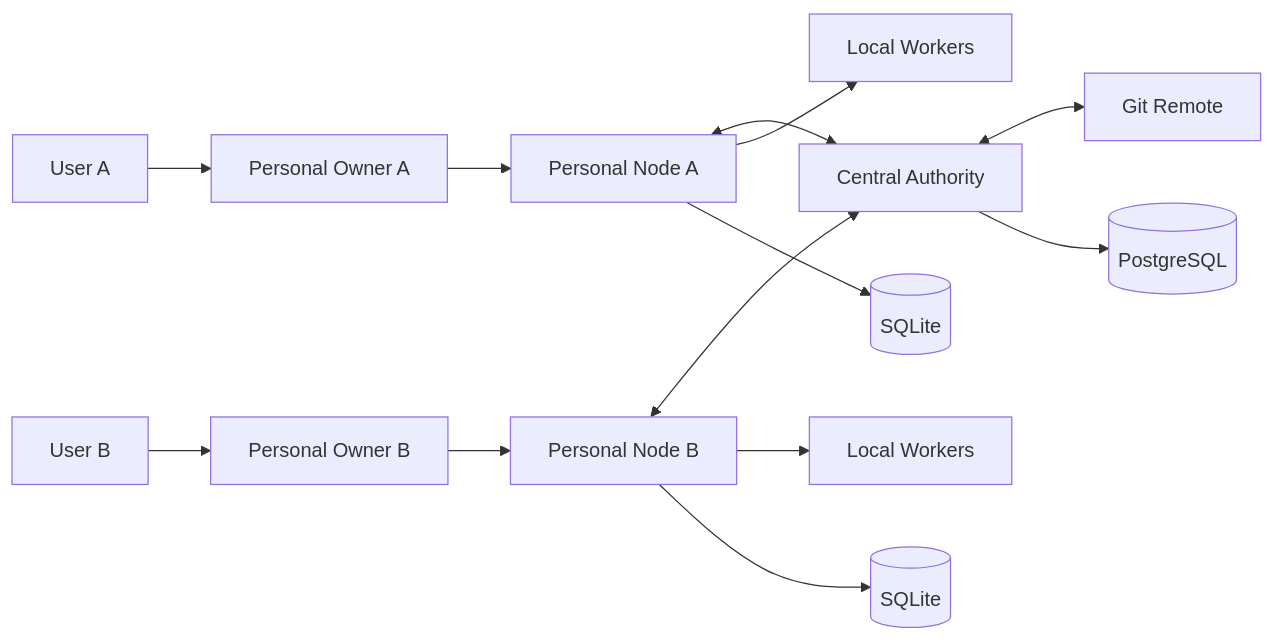
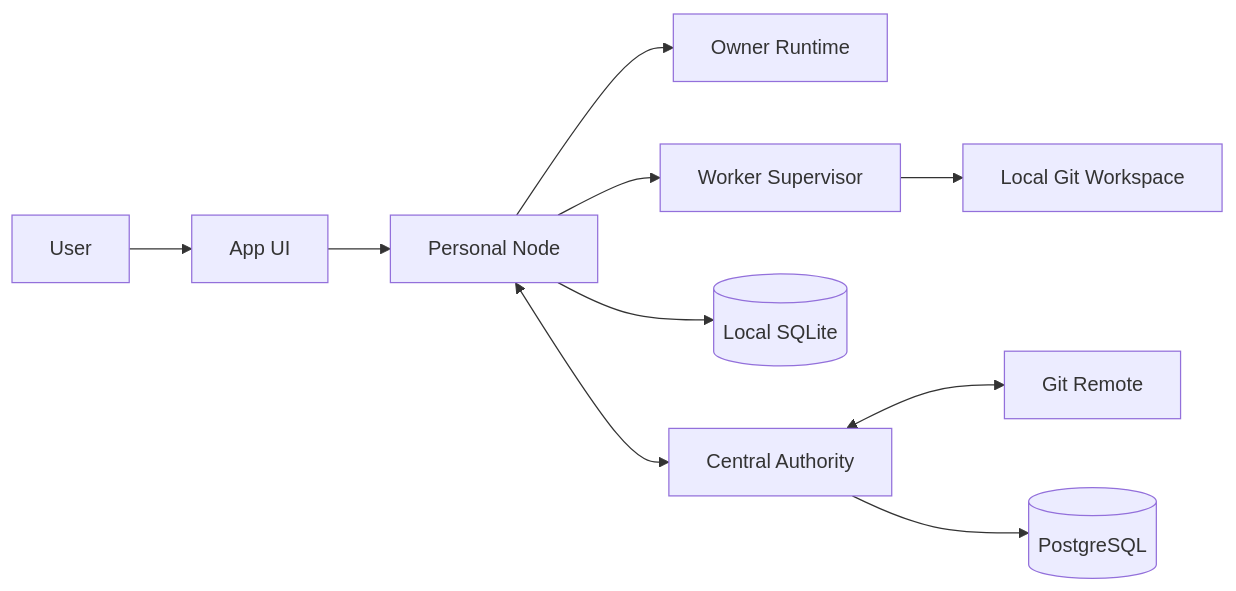
The second of 2 diagrams in 02 Architecture/System Context.md (powerpunch080403/ai-development-platform-design), drawn with Mermaid before and after one commit. The commit also changed other lines of this file and 10 other files, not shown here.

Commit message:
docs: define personal and team runtime topology

````diff
--- a/02 Architecture/System Context.md
+++ b/02 Architecture/System Context.md
@@ -3,15 +21,12 @@
 ```mermaid
 flowchart LR
-    UserA[User A] --> OwnerA[Personal Owner A]
-    UserB[User B] --> OwnerB[Personal Owner B]
-    OwnerA --> NodeA[Personal Node A]
-    OwnerB --> NodeB[Personal Node B]
-    NodeA <--> Authority[Central Authority]
-    NodeB <--> Authority
-    NodeA --> WorkersA[Local Workers]
-    NodeB --> WorkersB[Local Workers]
+    User[User] --> UI[App UI]
+    UI --> Node[Personal Node]
+    Node --> Owner[Owner Runtime]
+    Node --> Supervisor[Worker Supervisor]
+    Supervisor --> Workspace[Local Git Workspace]
+    Node --> SQLite[(Local SQLite)]
+    Node <--> Authority[Central Authority]
     Authority <--> Git[Git Remote]
     Authority --> PG[(PostgreSQL)]
-    NodeA --> SQLiteA[(SQLite)]
-    NodeB --> SQLiteB[(SQLite)]
 ```
````
